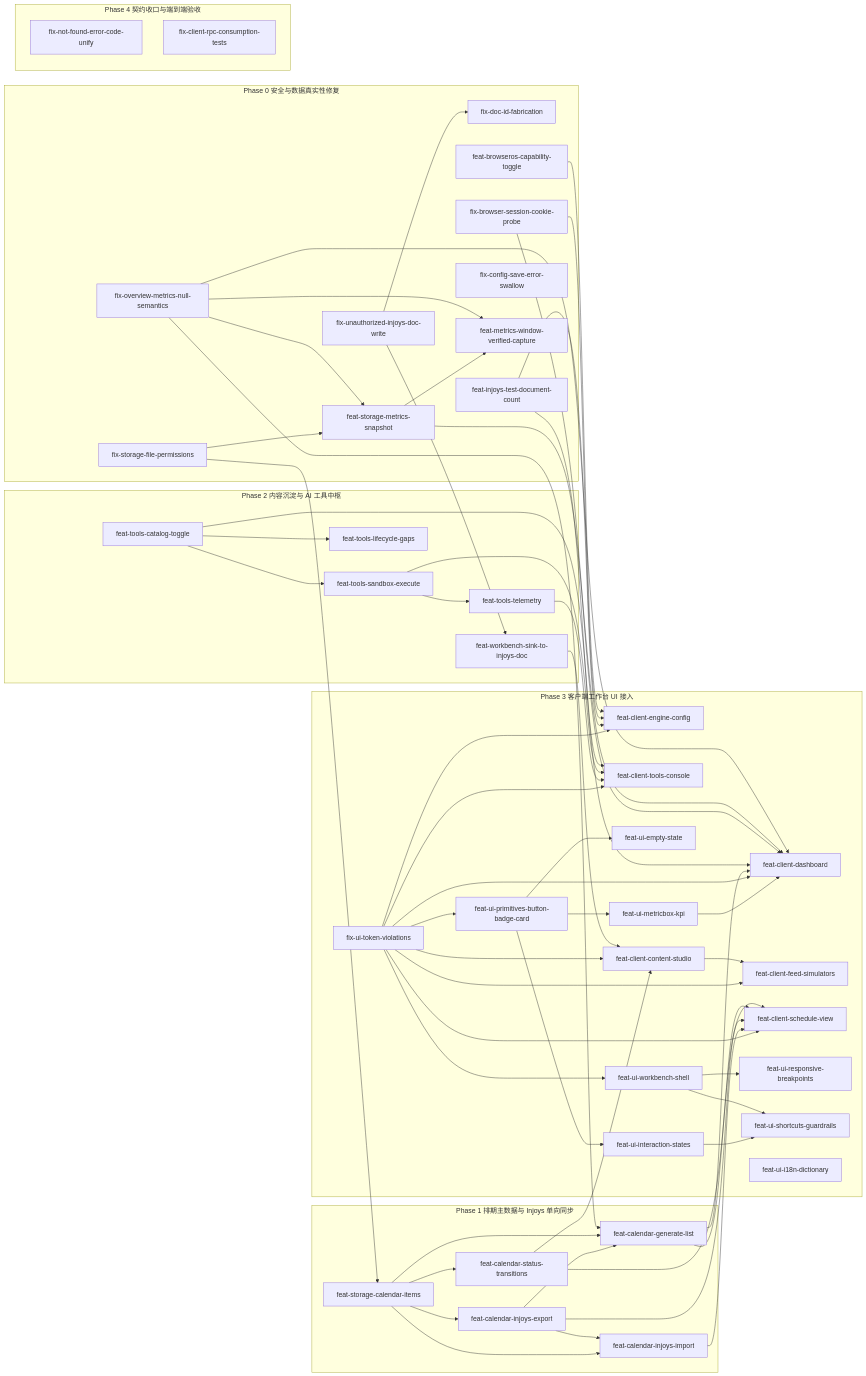
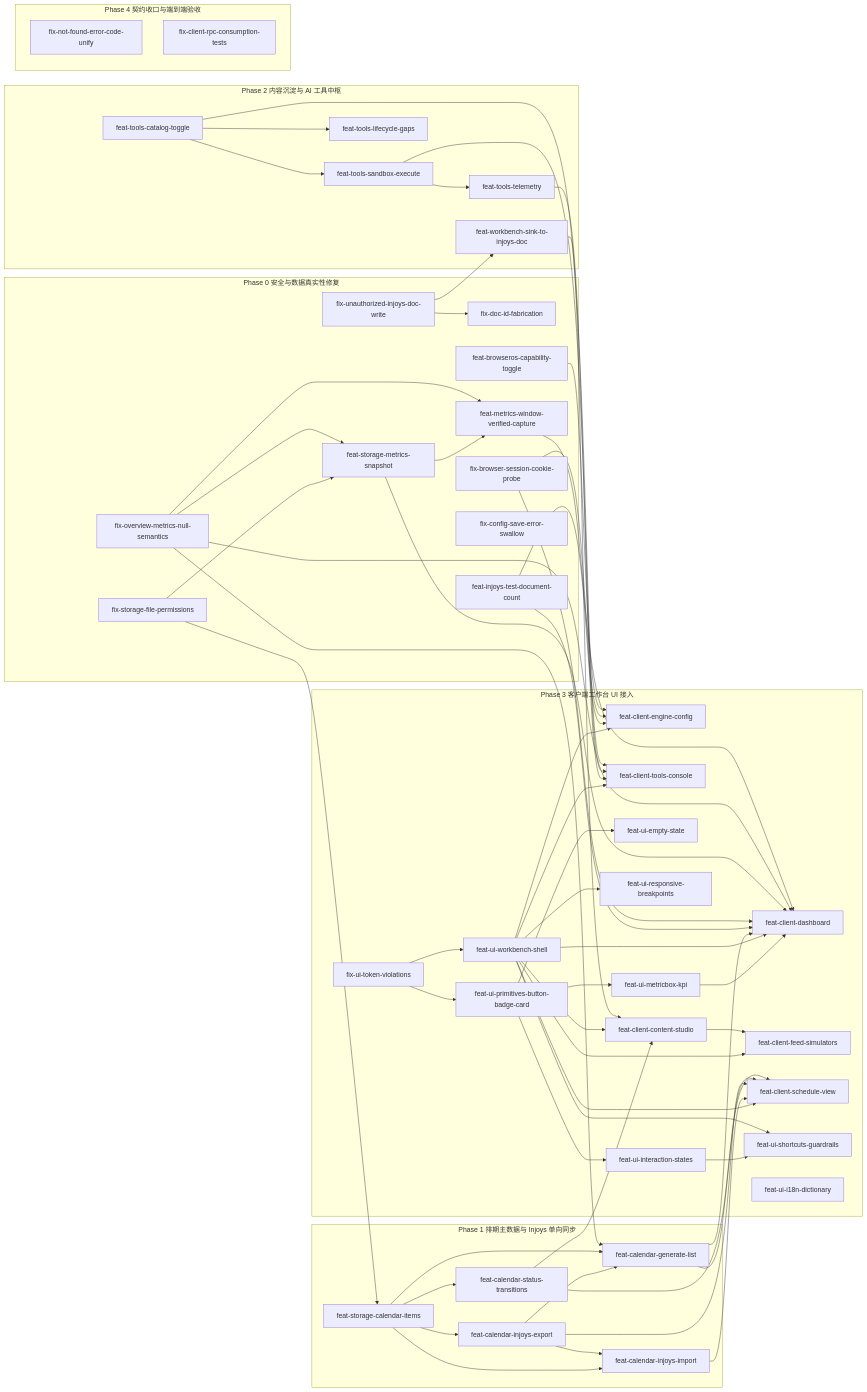
The diagram in openspec/proposal-roadmap.md (InJoysAI/dsh-growth-studio), drawn with Mermaid before and after one commit. The commit also changed other lines of this file and 2 other files, not shown here.

Commit message:
docs(roadmap): fix recheck findings R1-R4
- R1: correct six mermaid edges from D7 (token cleanup) to D8 (workbench
  shell) so the shell really gates D1-D6; verified by comparing parsed
  Change-ID edge sets, not edge counts
- R2: make feat-metrics-window-verified-capture a real prerequisite of
  feat-client-dashboard (block field + index + graph); drop the duplicated
  dashboard entry in A2 dependents
- R3: qualify the delta acceptance with window match, known current/base
  values and non-zero base; add explicit null cases (unknown value,
  zero-base-non-zero-current) and the 0% case
- R4: sync stale counts (37 proposals, Phase 0 = 10/4 done/6 proposed,
  ~21 person-days), align D6 estimate with its task budget (3 -> 3.5),
  Phase 3 -> 37 and total -> 88.5, and mark the earlier plan-add-ui
  'append-only' note as historical now that dependencies were revised
- fix A7 and token-violations reverse-dependency declarations

```diff
--- a/openspec/proposal-roadmap.md
+++ b/openspec/proposal-roadmap.md
@@ -128,6 +128,7 @@
     A7 --> A2
     A1 --> A10
     A2 --> A10
+    A10 --> D2
     A7 --> B1
     A1 --> B2
     A1 --> D2
@@ -164,12 +165,12 @@
     D3 --> D4
 
     D7 --> D8
-    D7 --> D1
-    D7 --> D2
-    D7 --> D3
-    D7 --> D4
-    D7 --> D5
-    D7 --> D6
+    D8 --> D1
+    D8 --> D2
+    D8 --> D3
+    D8 --> D4
+    D8 --> D5
+    D8 --> D6
     D7 --> D9
     D9 --> D10
     D10 --> D2
```
